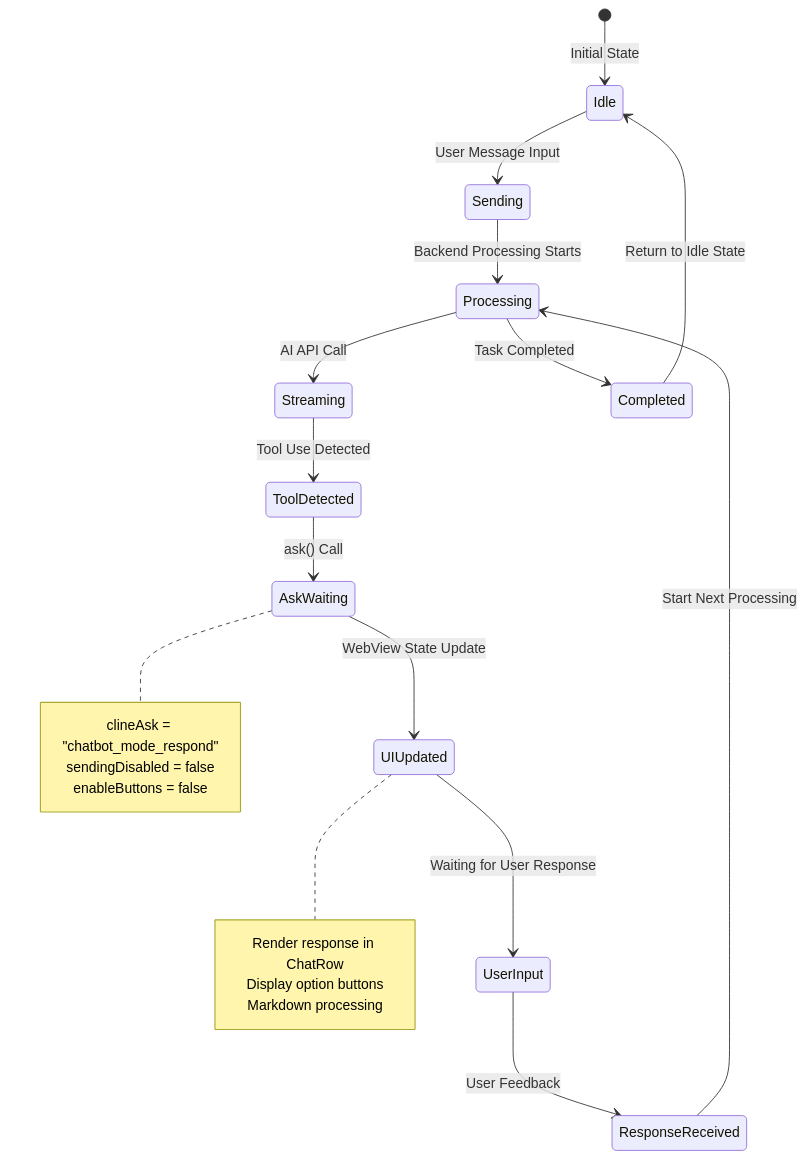
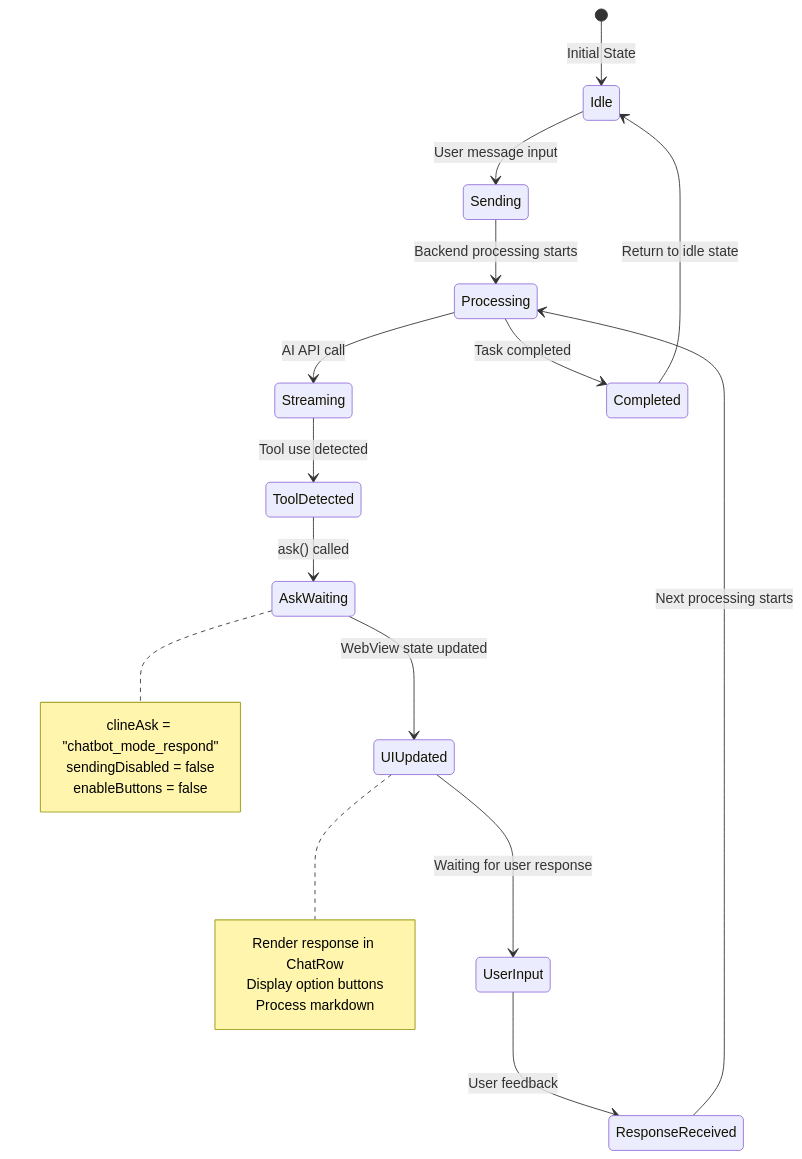
One commit to robertchoi/caret changed the third of 3 diagrams in caret-docs/development/ai-message-flow-guide.en.mdx. Above: the diagram before and after it, drawn with Mermaid. The commit also changed other lines of this file and 39 other files, not shown here.

````diff
--- a/caret-docs/development/ai-message-flow-guide.en.mdx
+++ b/caret-docs/development/ai-message-flow-guide.en.mdx
@@ -115,31 +115,31 @@
 ```mermaid
 stateDiagram-v2
     [*] --> Idle: Initial State
     
-    Idle --> Sending: User Message Input
-    Sending --> Processing: Backend Processing Starts
-    Processing --> Streaming: AI API Call
-    Streaming --> ToolDetected: Tool Use Detected
+    Idle --> Sending: User message input
+    Sending --> Processing: Backend processing starts
+    Processing --> Streaming: AI API call
+    Streaming --> ToolDetected: Tool use detected
     
-    ToolDetected --> AskWaiting: ask() Call
-    AskWaiting --> UIUpdated: WebView State Update
-    UIUpdated --> UserInput: Waiting for User Response
+    ToolDetected --> AskWaiting: ask() called
+    AskWaiting --> UIUpdated: WebView state updated
+    UIUpdated --> UserInput: Waiting for user response
     
-    UserInput --> ResponseReceived: User Feedback
-    ResponseReceived --> Processing: Start Next Processing
+    UserInput --> ResponseReceived: User feedback
+    ResponseReceived --> Processing: Next processing starts
     
-    Processing --> Completed: Task Completed
-    Completed --> Idle: Return to Idle State
+    Processing --> Completed: Task completed
+    Completed --> Idle: Return to idle state
     
     note right of AskWaiting
         clineAsk = "chatbot_mode_respond"
         sendingDisabled = false
         enableButtons = false
     end note
     
     note right of UIUpdated
         Render response in ChatRow
         Display option buttons
-        Markdown processing
+        Process markdown
     end note
 ```
````
